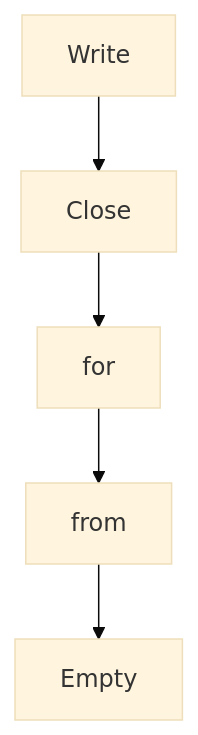
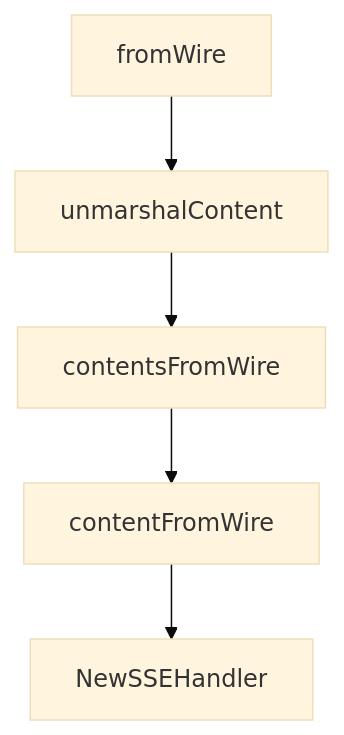
Before and after one commit to johnxie/awesome-code-docs: the diagram in tutorials/mcp-go-sdk-tutorial/02-client-server-lifecycle-and-session-management.md, drawn with Mermaid (base theme). The commit also changed other lines of this file and 1232 other files, not shown here.

````diff
--- a/tutorials/mcp-go-sdk-tutorial/02-client-server-lifecycle-and-session-management.md
+++ b/tutorials/mcp-go-sdk-tutorial/02-client-server-lifecycle-and-session-management.md
@@ -220,12 +218,12 @@
 ```mermaid
 flowchart TD
-    A[Write]
-    B[Close]
-    C[for]
-    D[from]
-    E[Empty]
+    A[fromWire]
+    B[unmarshalContent]
+    C[contentsFromWire]
+    D[contentFromWire]
+    E[NewSSEHandler]
     A --> B
     B --> C
     C --> D
     D --> E
 ```
````
